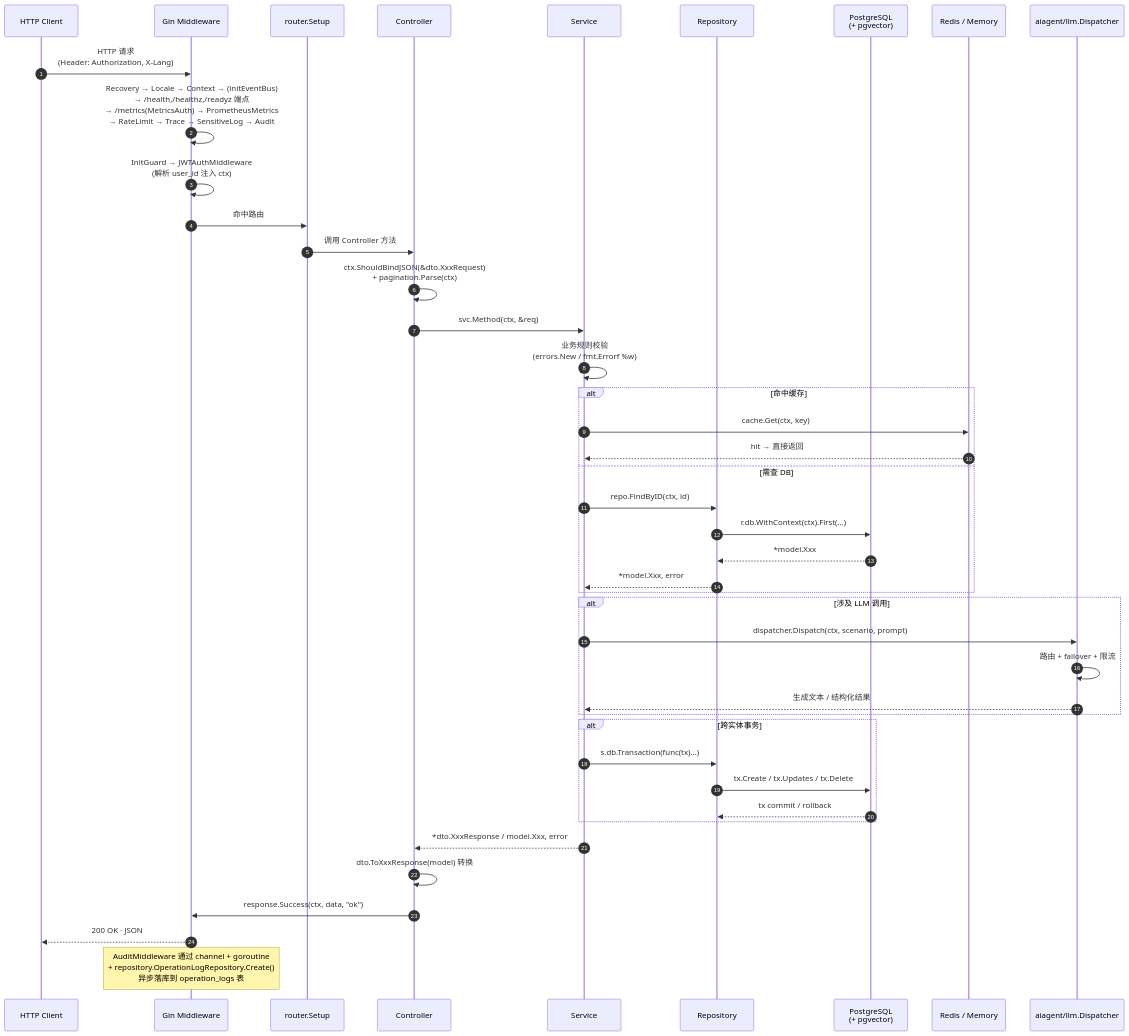
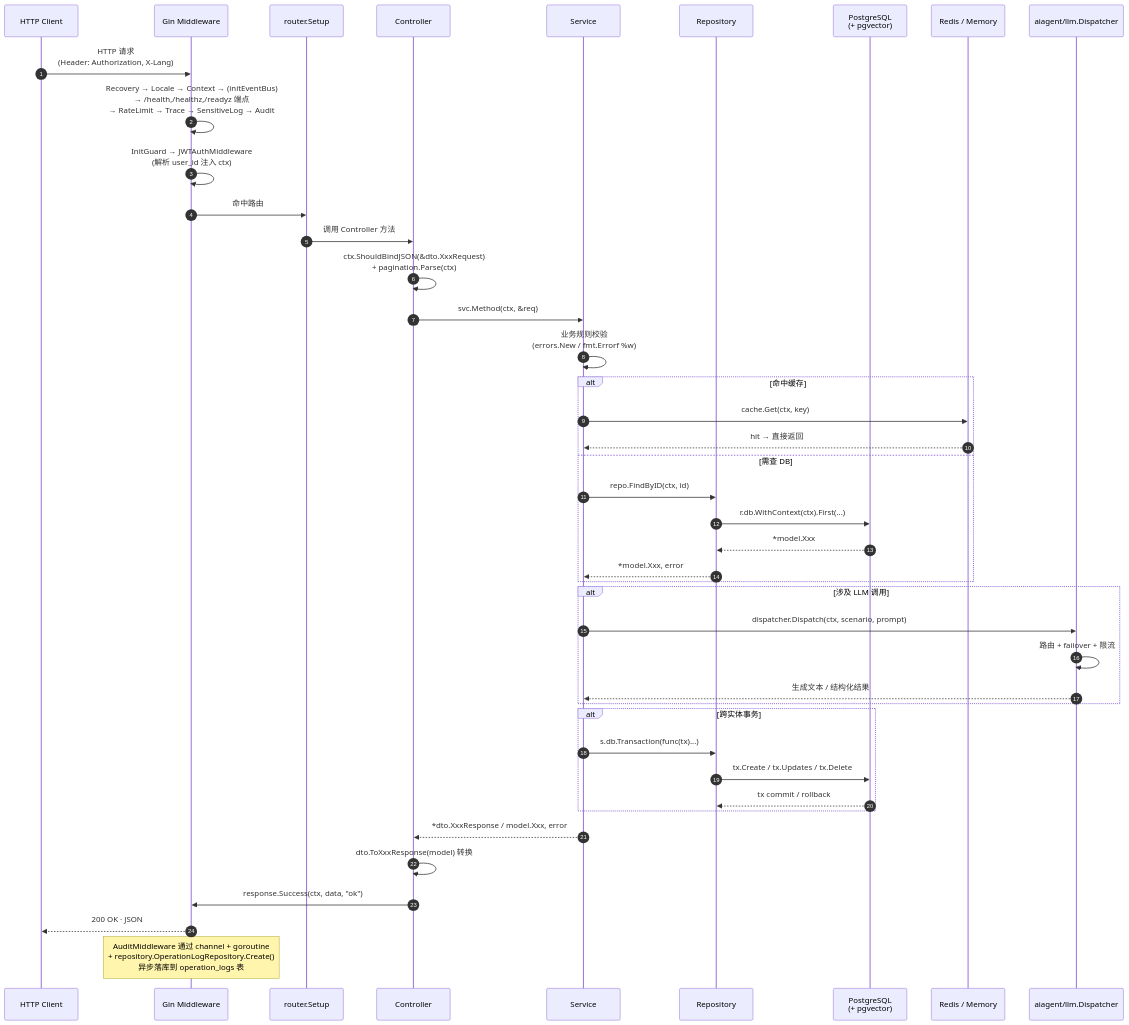
Before and after one commit to hivemtkbot/hivemtk: the second of 9 diagrams in user-server/docs/dev/ARCHITECTURE.md, drawn with Mermaid. The commit also changed 16 other files, not shown here.

````diff
--- a/user-server/docs/dev/ARCHITECTURE.md
+++ b/user-server/docs/dev/ARCHITECTURE.md
@@ -172,46 +172,46 @@
 ```mermaid
 sequenceDiagram
     autonumber
     participant Client as HTTP Client
     participant MW as Gin Middleware
     participant Router as router.Setup
     participant Ctrl as Controller
     participant Svc as Service
     participant Repo as Repository
     participant DB as PostgreSQL<br/>(+ pgvector)
     participant Cache as Redis / Memory
     participant LLM as aiagent/llm.Dispatcher
 
     Client->>MW: HTTP 请求<br/>(Header: Authorization, X-Lang)
-    MW->>MW: Recovery → Locale → Context → (initEventBus)<br/>→ /health,/healthz,/readyz 端点<br/>→ /metrics(MetricsAuth) → PrometheusMetrics<br/>→ RateLimit → Trace → SensitiveLog → Audit
+    MW->>MW: Recovery → Locale → Context → (initEventBus)<br/>→ /health,/healthz,/readyz 端点<br/>→ RateLimit → Trace → SensitiveLog → Audit
     MW->>MW: InitGuard → JWTAuthMiddleware<br/>(解析 user_id 注入 ctx)
     MW->>Router: 命中路由
     Router->>Ctrl: 调用 Controller 方法
     Ctrl->>Ctrl: ctx.ShouldBindJSON(&dto.XxxRequest)<br/>+ pagination.Parse(ctx)
     Ctrl->>Svc: svc.Method(ctx, &req)
     Svc->>Svc: 业务规则校验<br/>(errors.New / fmt.Errorf %w)
     alt 命中缓存
         Svc->>Cache: cache.Get(ctx, key)
         Cache-->>Svc: hit → 直接返回
     else 需查 DB
         Svc->>Repo: repo.FindByID(ctx, id)
         Repo->>DB: r.db.WithContext(ctx).First(...)
         DB-->>Repo: *model.Xxx
         Repo-->>Svc: *model.Xxx, error
     end
     alt 涉及 LLM 调用
         Svc->>LLM: dispatcher.Dispatch(ctx, scenario, prompt)
         LLM->>LLM: 路由 + failover + 限流
         LLM-->>Svc: 生成文本 / 结构化结果
     end
     alt 跨实体事务
         Svc->>Repo: s.db.Transaction(func(tx)...)
         Repo->>DB: tx.Create / tx.Updates / tx.Delete
         DB-->>Repo: tx commit / rollback
     end
     Svc-->>Ctrl: *dto.XxxResponse / model.Xxx, error
     Ctrl->>Ctrl: dto.ToXxxResponse(model) 转换
     Ctrl->>MW: response.Success(ctx, data, "ok")
     MW-->>Client: 200 OK · JSON
     Note over MW: AuditMiddleware 通过 channel + goroutine<br/>+ repository.OperationLogRepository.Create()<br/>异步落库到 operation_logs 表
 ```
````
